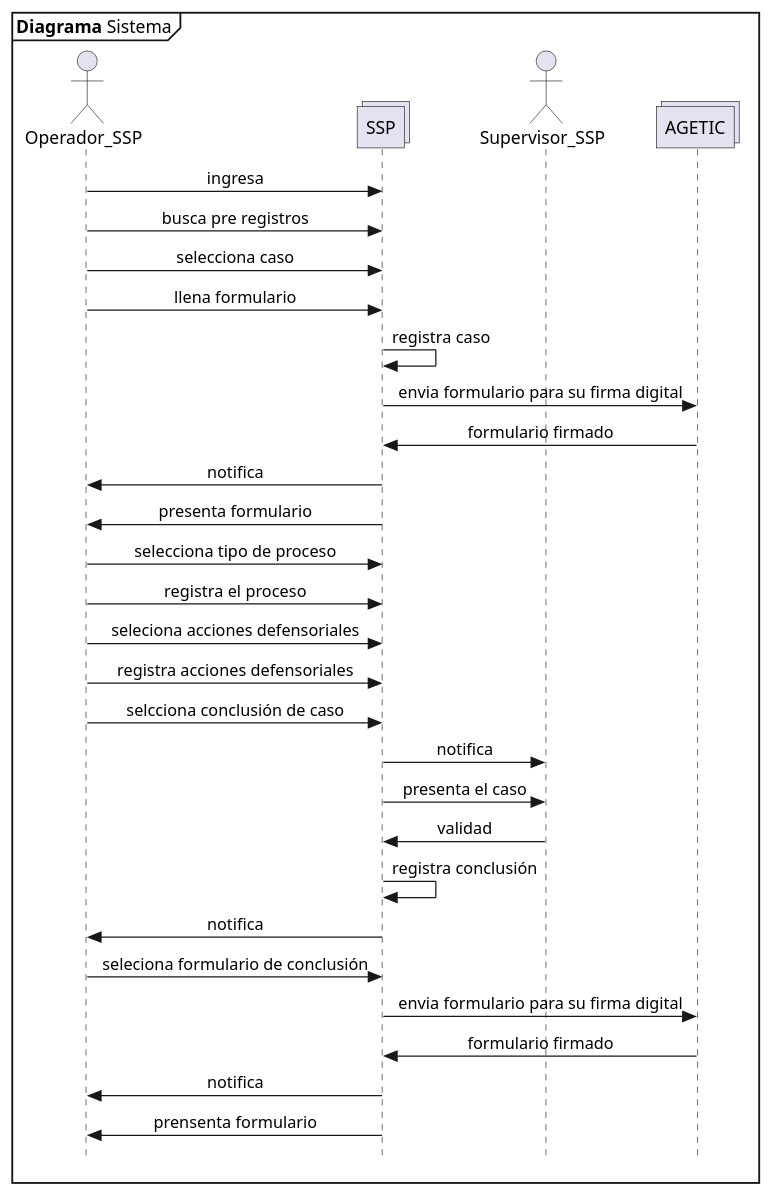
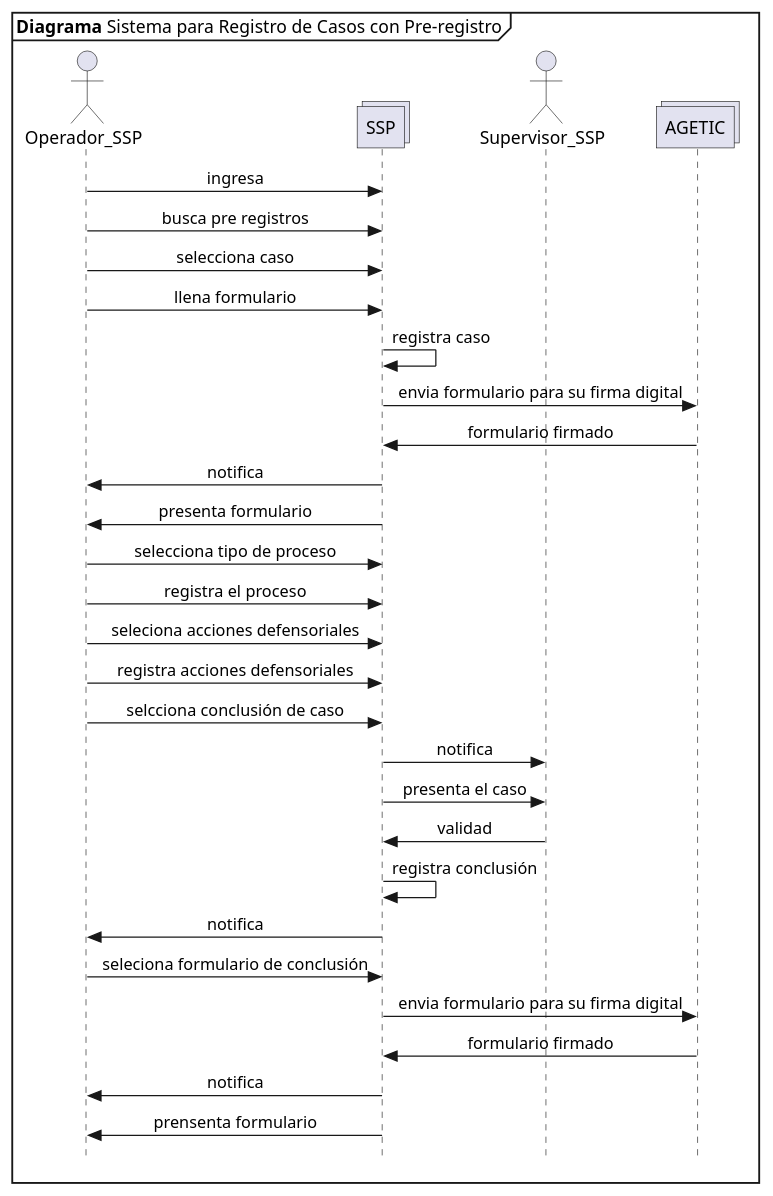
Before and after one commit to n1m0d0/defdiag: the diagram in propuesta SSP/06_1 registro de casos con pre registro.plantuml, drawn with PlantUML. The commit also changed 15 other files, not shown here.

```diff
--- a/propuesta SSP/06_1 registro de casos con pre registro.plantuml
+++ b/propuesta SSP/06_1 registro de casos con pre registro.plantuml
@@ -1,37 +1,37 @@
 @startuml Diagrama_Sistema
 skinparam Style strictuml
 skinparam SequenceMessageAlignment center
 
-mainframe **Diagrama** Sistema
+mainframe **Diagrama** Sistema para Registro de Casos con Pre-registro
 
 actor Operador_SSP as opssp
 collections SSP
 actor Supervisor_SSP as supssp
 collections AGETIC as agetic
 
 opssp->SSP: ingresa
 opssp->SSP: busca pre registros
 opssp->SSP: selecciona caso
 opssp->SSP: llena formulario
 SSP->SSP: registra caso
 SSP->agetic: envia formulario para su firma digital
 agetic->SSP: formulario firmado 
 SSP->opssp: notifica
 SSP->opssp: presenta formulario
 opssp->SSP: selecciona tipo de proceso
 opssp->SSP: registra el proceso
 opssp->SSP: seleciona acciones defensoriales
 opssp->SSP: registra acciones defensoriales
 opssp->SSP: selcciona conclusión de caso
 SSP->supssp: notifica
 SSP->supssp: presenta el caso
 supssp->SSP: validad
 SSP->SSP: registra conclusión
 SSP->opssp: notifica
 opssp->SSP: seleciona formulario de conclusión
 SSP->agetic: envia formulario para su firma digital
 agetic->SSP: formulario firmado
 SSP->opssp: notifica
 SSP->opssp: prensenta formulario
 
 @enduml
```
